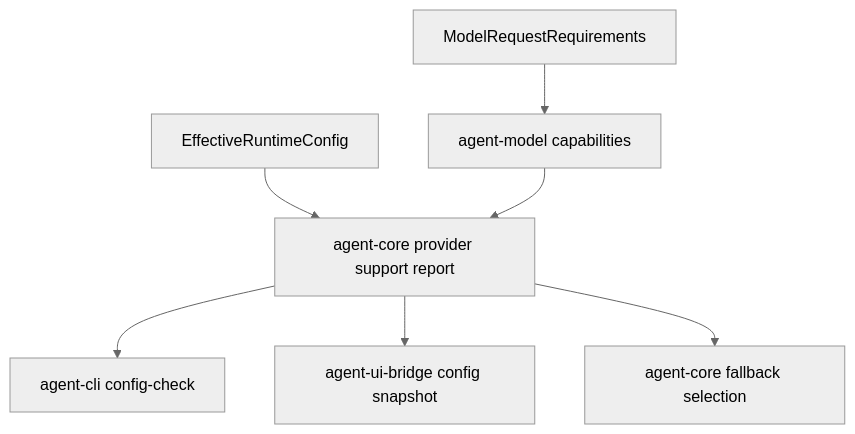
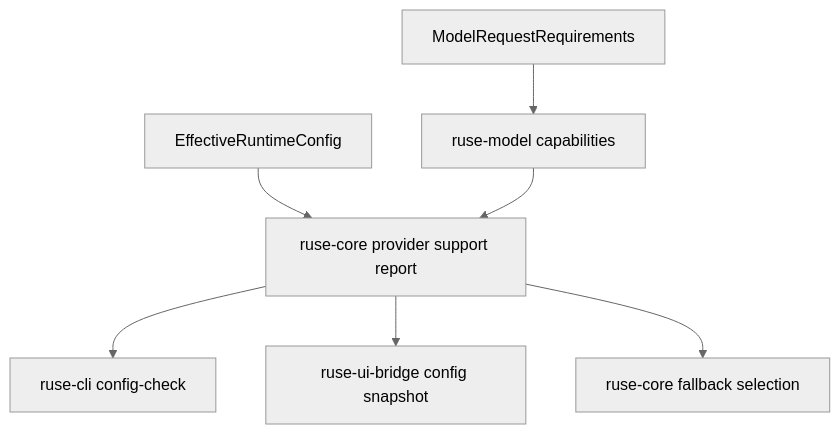
Before and after one commit to poneding/agent: the diagram in docs/specs/M57-05-provider-ux-fallback.spec.md, drawn with Mermaid (neutral theme). The commit also changed other lines of this file and 2091 other files, not shown here.

First line of the commit message:
refactor: rename agent branding to ruse

````diff
--- a/docs/specs/M57-05-provider-ux-fallback.spec.md
+++ b/docs/specs/M57-05-provider-ux-fallback.spec.md
@@ -32,9 +32,9 @@
 ```mermaid
 flowchart TD
-  Requirements["ModelRequestRequirements"] --> Capabilities["agent-model capabilities"]
-  Config["EffectiveRuntimeConfig"] --> Report["agent-core provider support report"]
+  Requirements["ModelRequestRequirements"] --> Capabilities["ruse-model capabilities"]
+  Config["EffectiveRuntimeConfig"] --> Report["ruse-core provider support report"]
   Capabilities --> Report
-  Report --> CLI["agent-cli config-check"]
-  Report --> Bridge["agent-ui-bridge config snapshot"]
-  Report --> Runtime["agent-core fallback selection"]
+  Report --> CLI["ruse-cli config-check"]
+  Report --> Bridge["ruse-ui-bridge config snapshot"]
+  Report --> Runtime["ruse-core fallback selection"]
 ```
````
